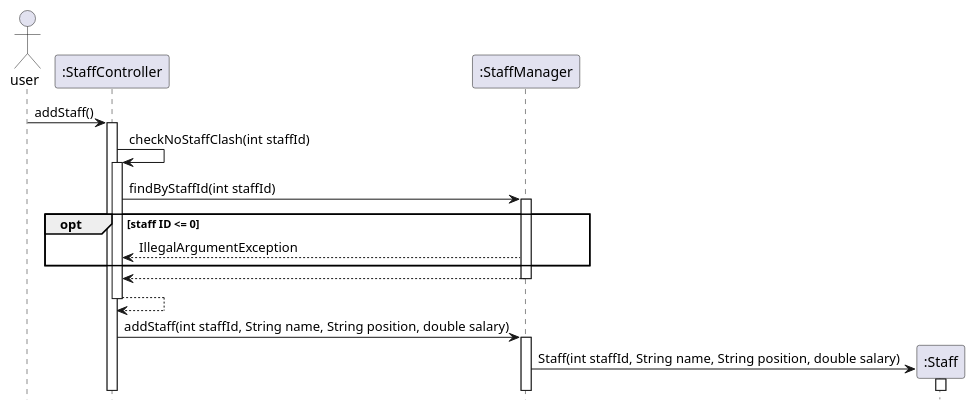
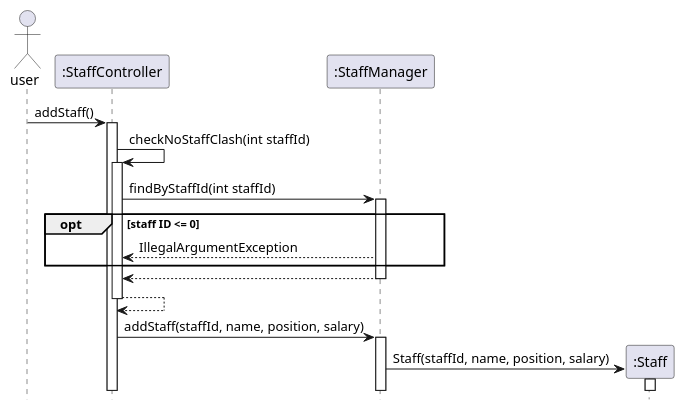
Before and after one commit to nus-cs2113-AY2122S2/tp: the diagram in docs/uml/sequence/StaffManager_addStaff.puml, drawn with PlantUML. The commit also changed 2 other files, not shown here.

```diff
--- a/docs/uml/sequence/StaffManager_addStaff.puml
+++ b/docs/uml/sequence/StaffManager_addStaff.puml
@@ -1,35 +1,35 @@
 @startuml
 'https://plantuml.com/sequence-diagram
 
 hide footbox
 
 actor user
 participant ":StaffController" as staffcontroller
 participant ":StaffManager" as staffmanager
 participant ":Staff" as staff
 
 
 user -> staffcontroller: addStaff()
 activate staffcontroller
 
 staffcontroller -> staffcontroller: checkNoStaffClash(int staffId)
 activate staffcontroller
 staffcontroller -> staffmanager: findByStaffId(int staffId)
 activate staffmanager
 
 opt staff ID <= 0
 staffmanager --> staffcontroller: IllegalArgumentException
 end
 
 staffmanager --> staffcontroller
 deactivate staffmanager
 staffcontroller --> staffcontroller
 deactivate staffcontroller
 
-staffcontroller -> staffmanager: addStaff(int staffId, String name, String position, double salary)
+staffcontroller -> staffmanager: addStaff(staffId, name, position, salary)
 activate staffmanager
 
-staffmanager -> staff ** : Staff(int staffId, String name, String position, double salary)
+staffmanager -> staff ** : Staff(staffId, name, position, salary)
 activate staff
 
 @enduml
```
